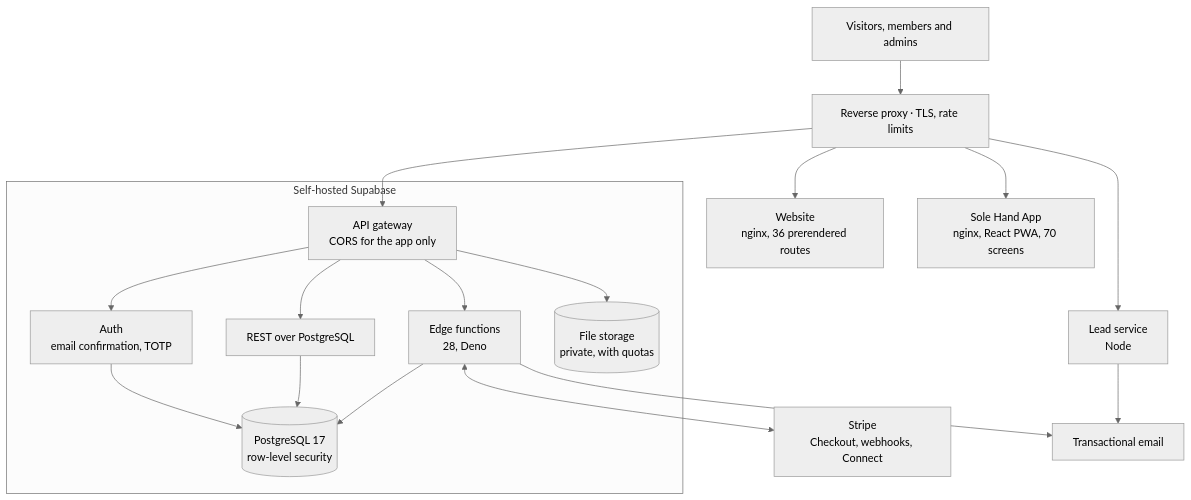
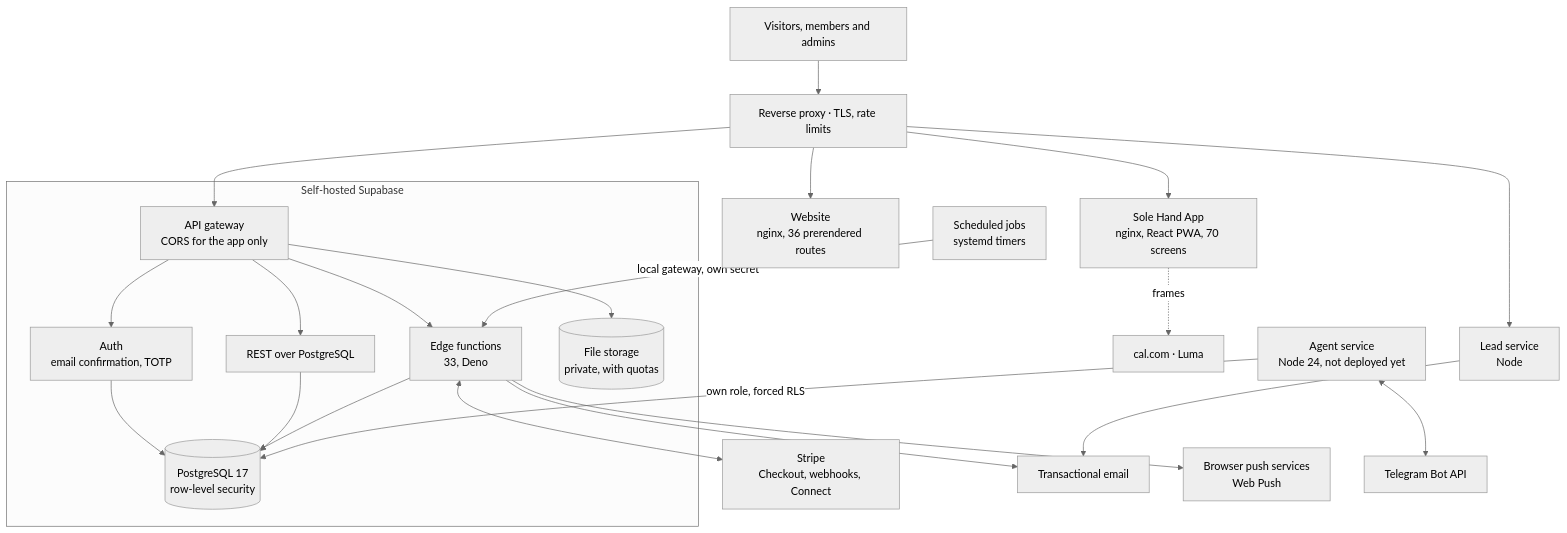
One commit to danielbrosed/SOLE-HAND-PROYECT changed the diagram in README.md. Above: the diagram before and after it, drawn with Mermaid (neutral theme). The commit also changed other lines of this file and 7 other files, not shown here.

Commit message:
Agent service built and tested, payouts by bank transfer with encrypted IBANs, push notifications from the Web Push standards, account reminders and paid tickets inside the app; integrations table, architecture notes for the agents, 7 and 8 October in the build log and figures recounted

````diff
--- a/README.md
+++ b/README.md
@@ -138,18 +178,23 @@
 ```mermaid
 flowchart TB
     U["Visitors, members and admins"] --> RP["Reverse proxy · TLS, rate limits"]
     RP --> WEB["Website<br/>nginx, 36 prerendered routes"]
     RP --> APP["Sole Hand App<br/>nginx, React PWA, 70 screens"]
     RP --> GW["API gateway<br/>CORS for the app only"]
     RP --> LEADS["Lead service<br/>Node"]
     subgraph BACK["Self-hosted Supabase"]
         GW --> AUTH["Auth<br/>email confirmation, TOTP"]
         GW --> REST["REST over PostgreSQL"]
-        GW --> FN["Edge functions<br/>28, Deno"]
+        GW --> FN["Edge functions<br/>33, Deno"]
         GW --> ST[("File storage<br/>private, with quotas")]
         AUTH & REST & FN --> DB[("PostgreSQL 17<br/>row-level security")]
     end
     FN <--> STRIPE["Stripe<br/>Checkout, webhooks, Connect"]
     FN --> SMTP["Transactional email"]
+    FN --> PUSH["Browser push services<br/>Web Push"]
     LEADS --> SMTP
+    TIMERS["Scheduled jobs<br/>systemd timers"] -->|"local gateway, own secret"| FN
+    APP -.->|"frames"| EMB["cal.com · Luma"]
+    AGENTS["Agent service<br/>Node 24, not deployed yet"] -->|"own role, forced RLS"| DB
+    AGENTS <--> TG["Telegram Bot API"]
 ```
````
